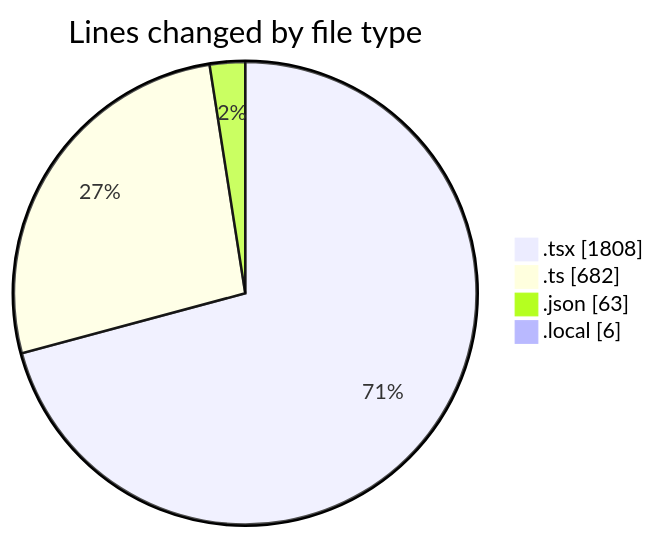
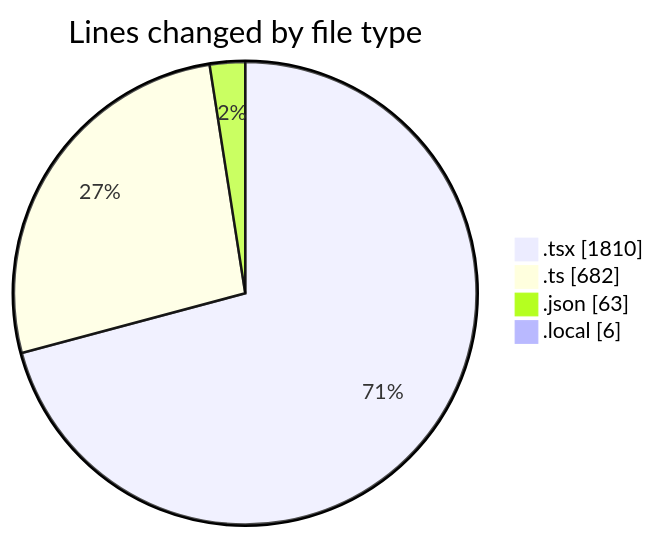
The first of 2 diagrams in 2025-10-21/eventscop-frontend-guide__workspace_/README.md (julien-gomy/code-tracking), drawn with Mermaid before and after one commit. The commit also changed other lines of this file and 1 other file, not shown here.

````diff
--- a/2025-10-21/eventscop-frontend-guide__workspace_/README.md
+++ b/2025-10-21/eventscop-frontend-guide__workspace_/README.md
@@ -48,8 +48,8 @@
 ```mermaid
 pie showData
 title Lines changed by file type
-".tsx" : 1808
+".tsx" : 1810
 ".ts" : 682
 ".json" : 63
 ".local" : 6
 ```
````
